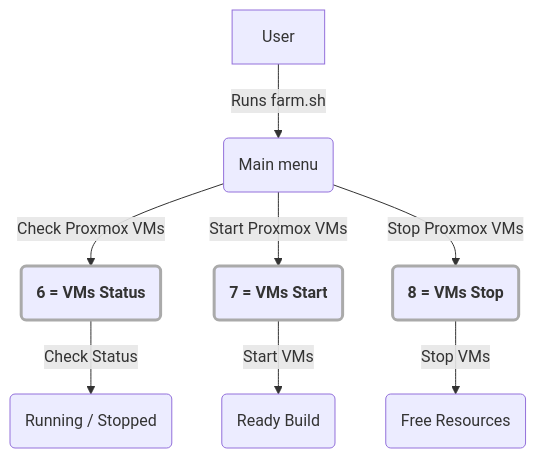
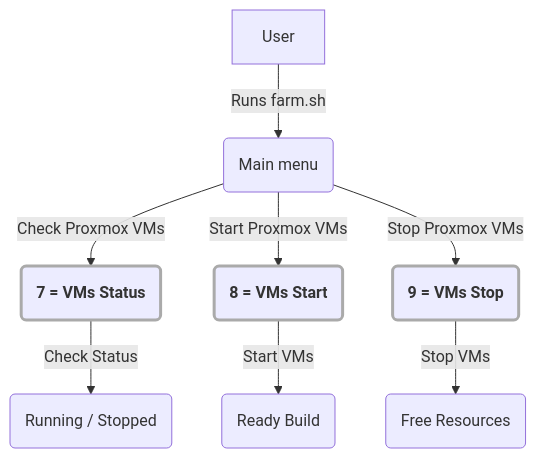
The third of 3 diagrams in README.md (MarelisAdlatus/java-build-farm), drawn with Mermaid before and after one commit. The commit also changed other lines of this file and 2 other files, not shown here.

````diff
--- a/README.md
+++ b/README.md
@@ -230,16 +241,16 @@
 ```mermaid
 graph TD;
     A[User] -->|Runs farm.sh| B(Main menu);
 
-    B -->|Check Proxmox VMs| C7(6 = VMs Status);
-    B -->|Start Proxmox VMs| C8(7 = VMs Start);
-    B -->|Stop Proxmox VMs| C9(8 = VMs Stop);
+    B -->|Check Proxmox VMs| C7(7 = VMs Status);
+    B -->|Start Proxmox VMs| C8(8 = VMs Start);
+    B -->|Stop Proxmox VMs| C9(9 = VMs Stop);
 
     C7 -->|Check Status| I1(Running / Stopped);
     C8 -->|Start VMs| I2(Ready Build);
     C9 -->|Stop VMs| I3(Free Resources);
 
     style C7 stroke:#aaa,stroke-width:3px,font-weight:bold;
     style C8 stroke:#aaa,stroke-width:3px,font-weight:bold;
     style C9 stroke:#aaa,stroke-width:3px,font-weight:bold;
 ```
````
